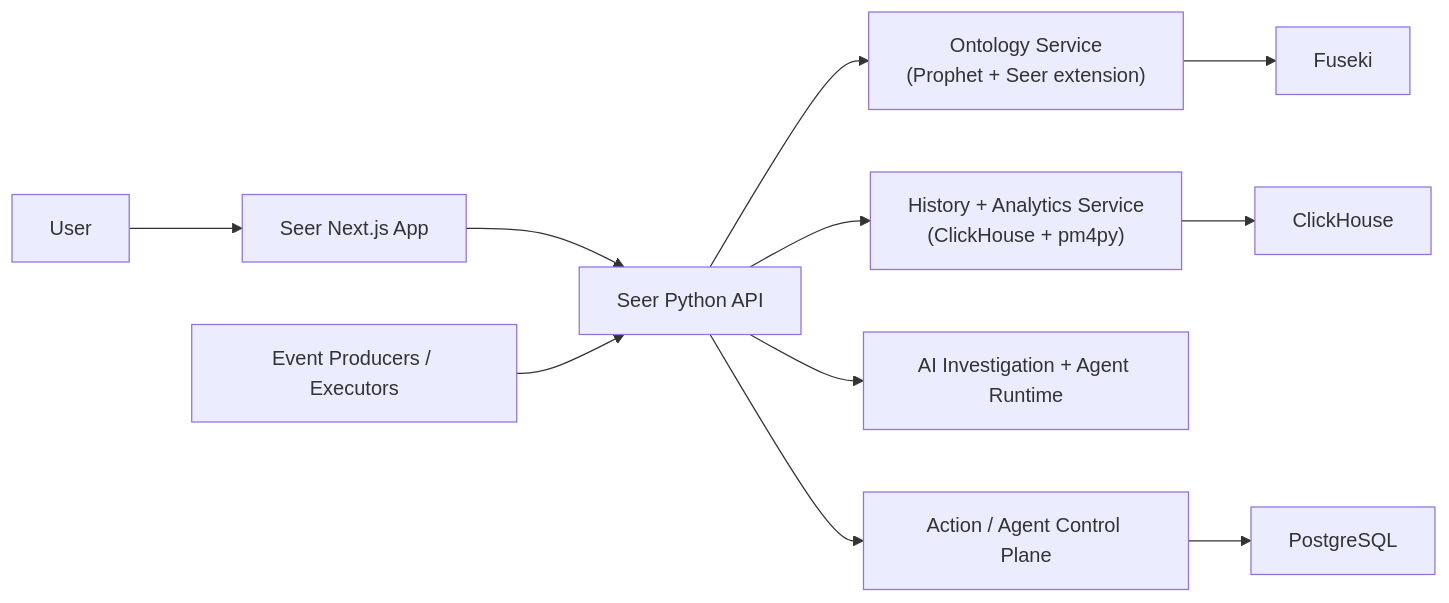
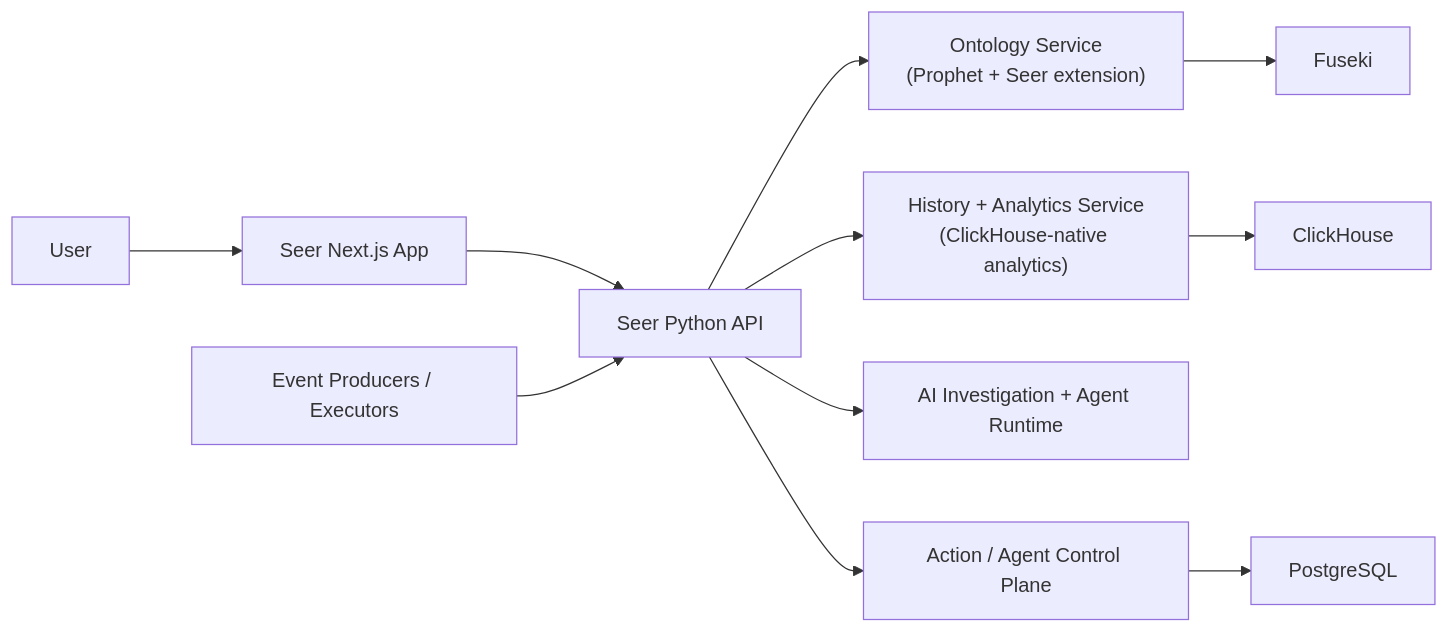
The diagram in VISION.md (Chainso/the-seer), drawn with Mermaid before and after one commit. The commit also changed 14 other files, not shown here.

````diff
--- a/VISION.md
+++ b/VISION.md
@@ -201,16 +201,16 @@
 ```mermaid
 flowchart LR
   U["User"] --> FE["Seer Next.js App"]
   FE --> API["Seer Python API"]
 
   API --> ONT["Ontology Service\n(Prophet + Seer extension)"]
-  API --> HIS["History + Analytics Service\n(ClickHouse + pm4py)"]
+  API --> HIS["History + Analytics Service\n(ClickHouse-native analytics)"]
   API --> AI["AI Investigation + Agent Runtime"]
   API --> ACT["Action / Agent Control Plane"]
 
   ONT --> FUSEKI["Fuseki"]
   HIS --> CH["ClickHouse"]
   ACT --> PG["PostgreSQL"]
 
   EXT["Event Producers / Executors"] --> API
 ```
````
